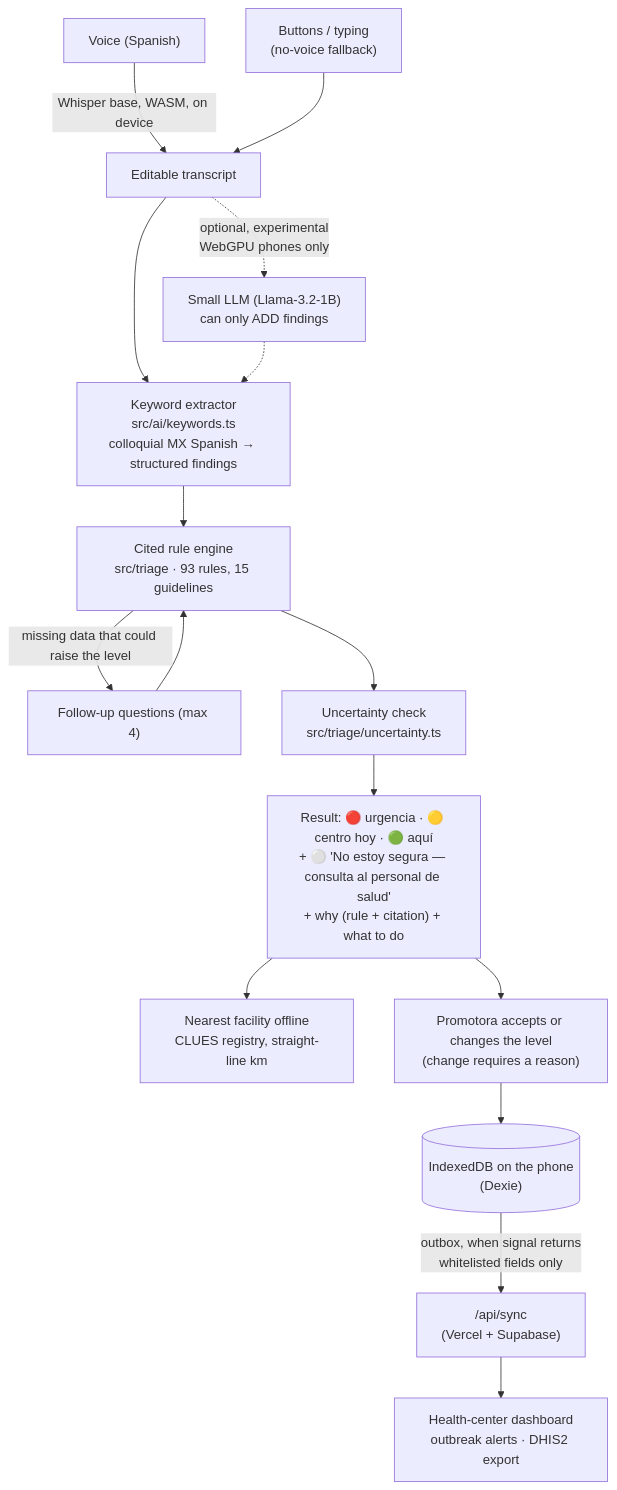
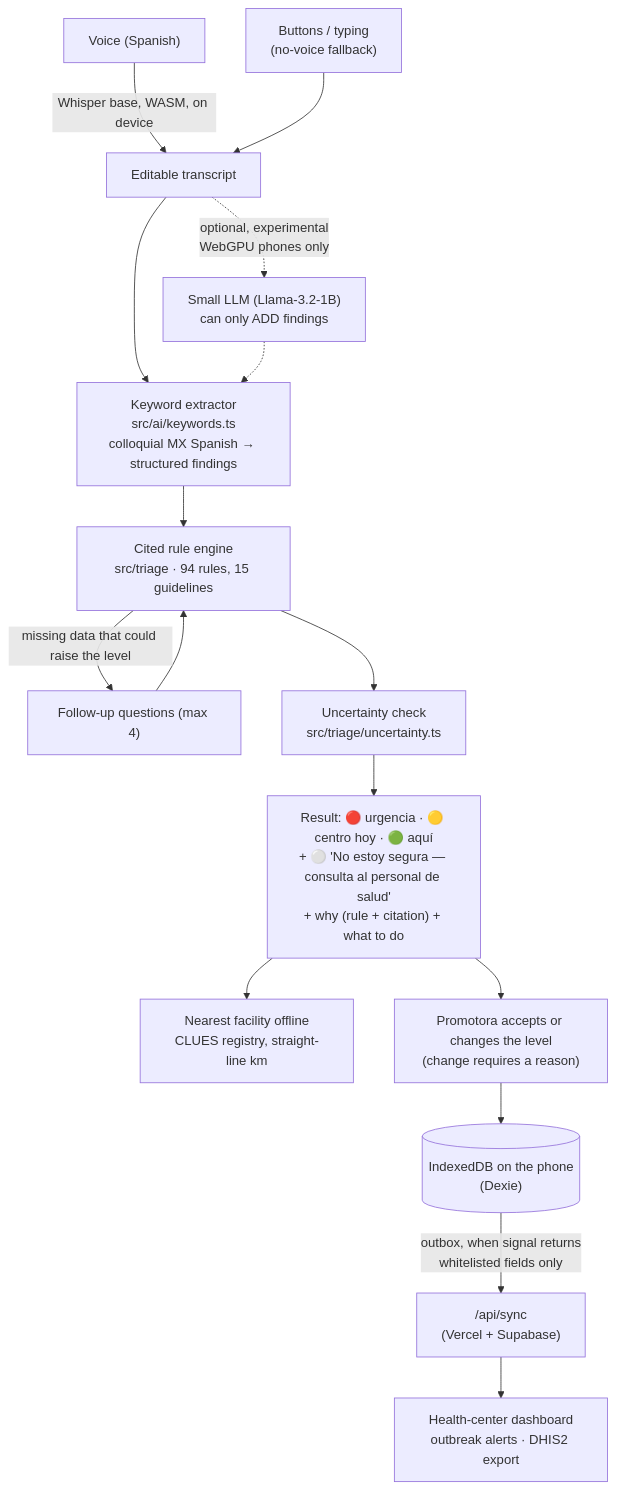
The diagram in README.md (HaDeZIB/pahtli), drawn with Mermaid before and after one commit. The commit also changed other lines of this file and 28 other files, not shown here.

````diff
--- a/README.md
+++ b/README.md
@@ -42,18 +42,18 @@
 ```mermaid
 flowchart TD
     V["Voice (Spanish)"] -->|"Whisper base, WASM, on device"| T["Editable transcript"]
     B["Buttons / typing<br/>(no-voice fallback)"] --> T
     T --> K["Keyword extractor<br/>src/ai/keywords.ts<br/>colloquial MX Spanish → structured findings"]
     T -.->|"optional, experimental<br/>WebGPU phones only"| L["Small LLM (Llama-3.2-1B)<br/>can only ADD findings"]
     L -.-> K
-    K --> R["Cited rule engine<br/>src/triage · 93 rules, 15 guidelines"]
+    K --> R["Cited rule engine<br/>src/triage · 94 rules, 15 guidelines"]
     R -->|"missing data that could raise the level"| Q["Follow-up questions (max 4)"]
     Q --> R
     R --> U["Uncertainty check<br/>src/triage/uncertainty.ts"]
     U --> RES["Result: 🔴 urgencia · 🟡 centro hoy · 🟢 aquí<br/>+ ⚪ 'No estoy segura — consulta al personal de salud'<br/>+ why (rule + citation) + what to do"]
     RES --> REF["Nearest facility offline<br/>CLUES registry, straight-line km"]
     RES --> H["Promotora accepts or changes the level<br/>(change requires a reason)"]
     H --> DB[("IndexedDB on the phone<br/>(Dexie)")]
     DB -->|"outbox, when signal returns<br/>whitelisted fields only"| API["/api/sync<br/>(Vercel + Supabase)"]
     API --> D["Health-center dashboard<br/>outbreak alerts · DHIS2 export"]
 ```
````
